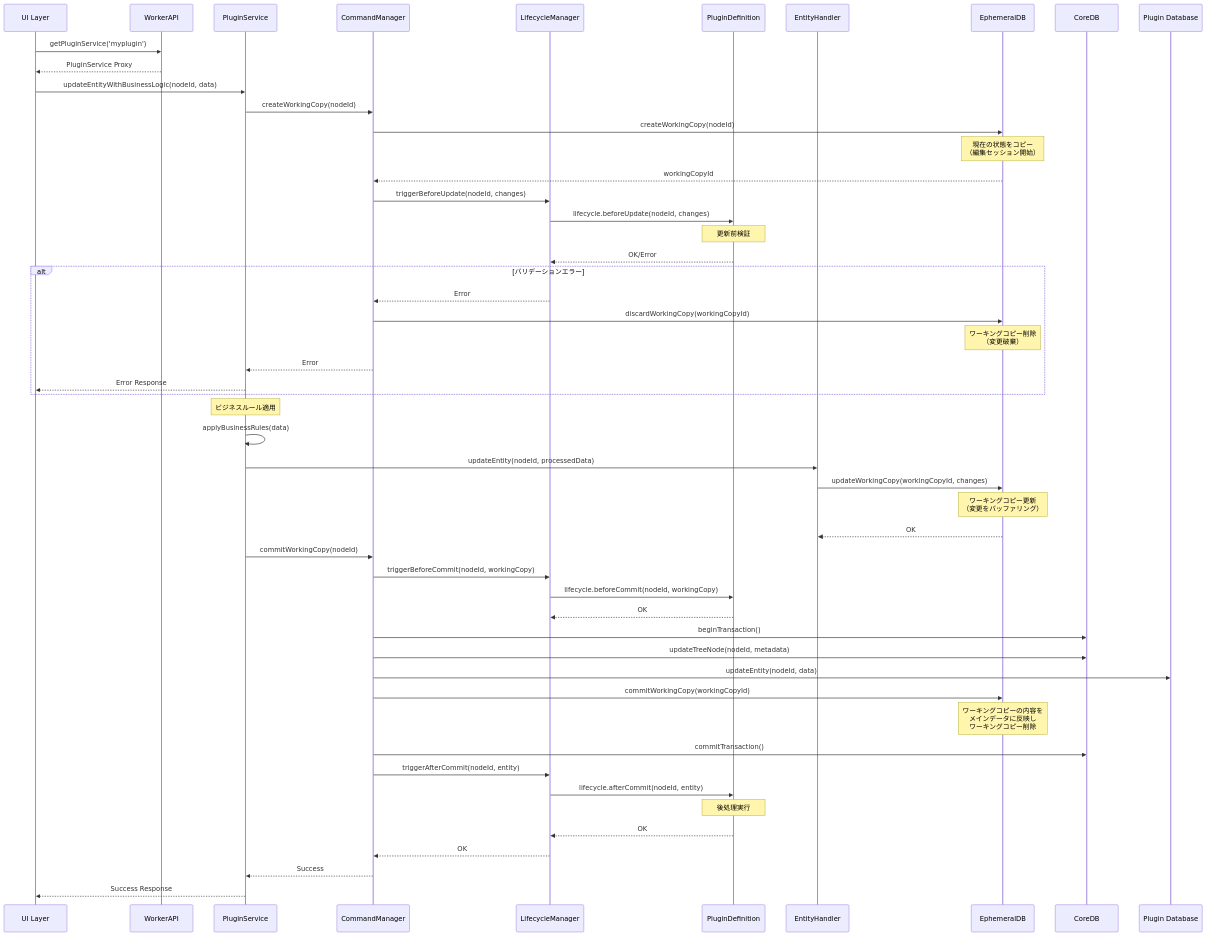
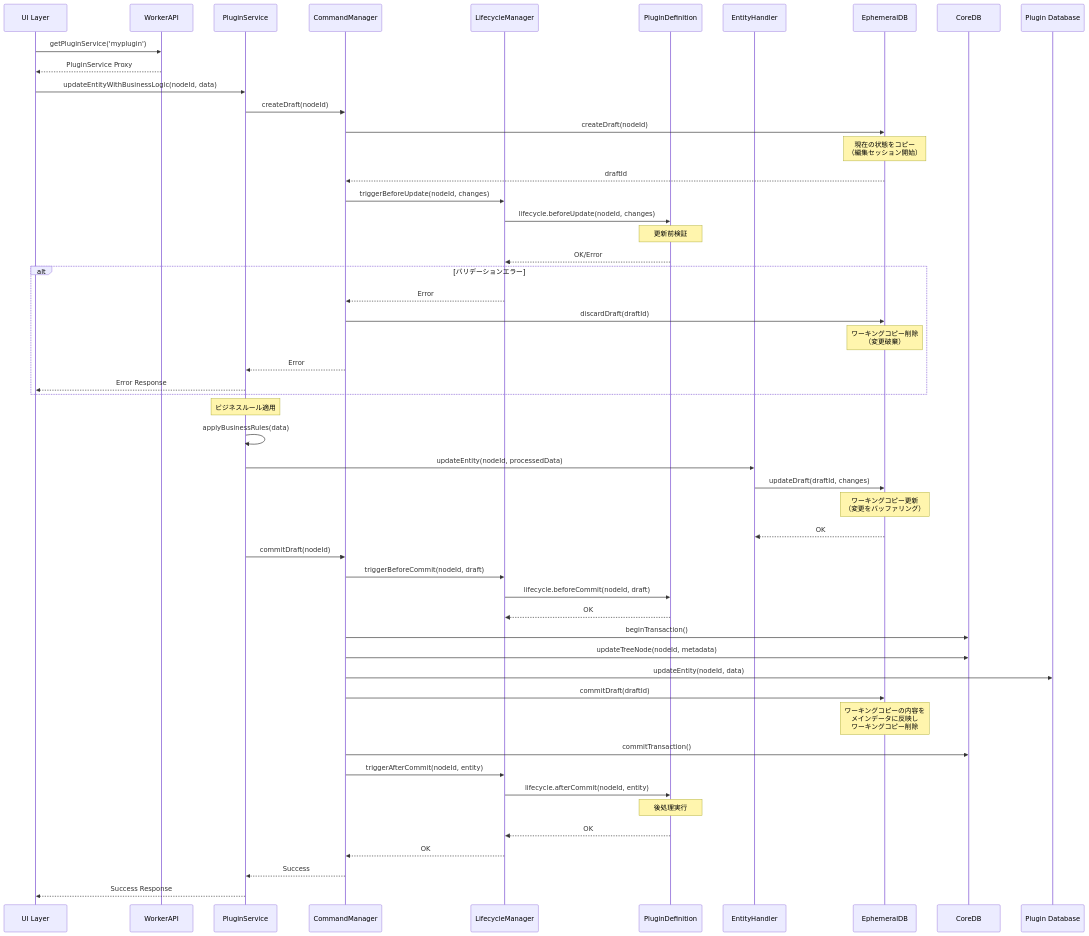
Before and after one commit to kubohiroya/hierarchidb: the second of 3 diagrams in docs/deprecated/09-0-aop-guide.md, drawn with Mermaid. The commit also changed other lines of this file and 796 other files, not shown here.

````diff
--- a/docs/deprecated/09-0-aop-guide.md
+++ b/docs/deprecated/09-0-aop-guide.md
@@ -123,73 +123,73 @@
 ```mermaid
 sequenceDiagram
     participant UI as UI Layer
     participant WA as WorkerAPI
     participant PS as PluginService
     participant CM as CommandManager
     participant LM as LifecycleManager
     participant PD as PluginDefinition
     participant EH as EntityHandler
     participant EDB as EphemeralDB
     participant CDB as CoreDB
     participant PDB as Plugin Database
 
     UI->>WA: getPluginService('myplugin')
     WA-->>UI: PluginService Proxy
     
     UI->>PS: updateEntityWithBusinessLogic(nodeId, data)
     
     %% ワーキングコピー作成
-    PS->>CM: createWorkingCopy(nodeId)
-    CM->>EDB: createWorkingCopy(nodeId)
+    PS->>CM: createDraft(nodeId)
+    CM->>EDB: createDraft(nodeId)
     Note over EDB: 現在の状態をコピー<br/>（編集セッション開始）
-    EDB-->>CM: workingCopyId
+    EDB-->>CM: draftId
     
     CM->>LM: triggerBeforeUpdate(nodeId, changes)
     
     LM->>PD: lifecycle.beforeUpdate(nodeId, changes)
     Note over PD: 更新前検証
     PD-->>LM: OK/Error
     
     alt バリデーションエラー
         LM-->>CM: Error
-        CM->>EDB: discardWorkingCopy(workingCopyId)
+        CM->>EDB: discardDraft(draftId)
         Note over EDB: ワーキングコピー削除<br/>（変更破棄）
         CM-->>PS: Error
         PS-->>UI: Error Response
     end
     
     Note over PS: ビジネスルール適用
     PS->>PS: applyBusinessRules(data)
     
     %% ワーキングコピーで変更を適用
     PS->>EH: updateEntity(nodeId, processedData)
-    EH->>EDB: updateWorkingCopy(workingCopyId, changes)
+    EH->>EDB: updateDraft(draftId, changes)
     Note over EDB: ワーキングコピー更新<br/>（変更をバッファリング）
     EDB-->>EH: OK
     
     %% コミット前検証
-    PS->>CM: commitWorkingCopy(nodeId)
-    CM->>LM: triggerBeforeCommit(nodeId, workingCopy)
-    LM->>PD: lifecycle.beforeCommit(nodeId, workingCopy)
+    PS->>CM: commitDraft(nodeId)
+    CM->>LM: triggerBeforeCommit(nodeId, draft)
+    LM->>PD: lifecycle.beforeCommit(nodeId, draft)
     PD-->>LM: OK
     
     %% CoreDBとPlugin DBへコミット
     CM->>CDB: beginTransaction()
     CM->>CDB: updateTreeNode(nodeId, metadata)
     CM->>PDB: updateEntity(nodeId, data)
     
-    CM->>EDB: commitWorkingCopy(workingCopyId)
+    CM->>EDB: commitDraft(draftId)
     Note over EDB: ワーキングコピーの内容を<br/>メインデータに反映し<br/>ワーキングコピー削除
     
     CM->>CDB: commitTransaction()
     
     CM->>LM: triggerAfterCommit(nodeId, entity)
     LM->>PD: lifecycle.afterCommit(nodeId, entity)
     
     Note over PD: 後処理実行
     PD-->>LM: OK
     
     LM-->>CM: OK
     CM-->>PS: Success
     PS-->>UI: Success Response
 ```
````
